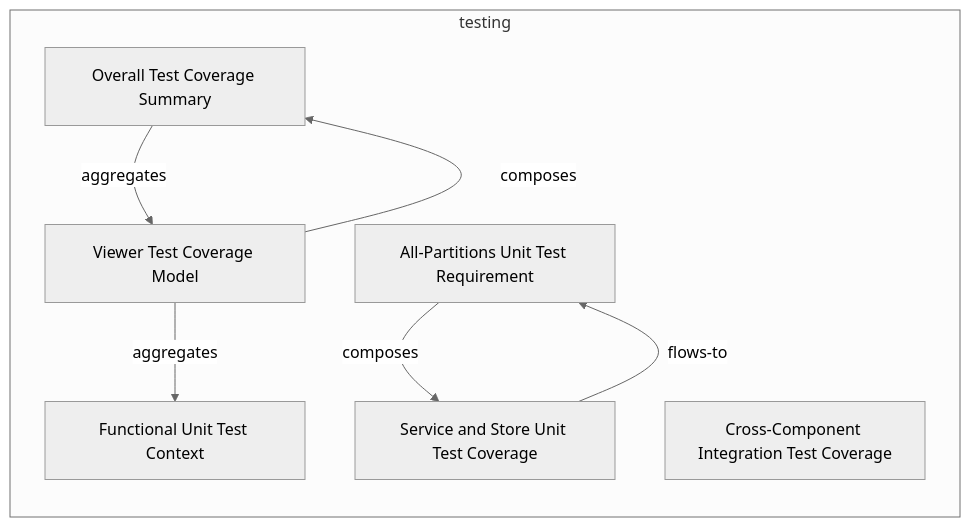
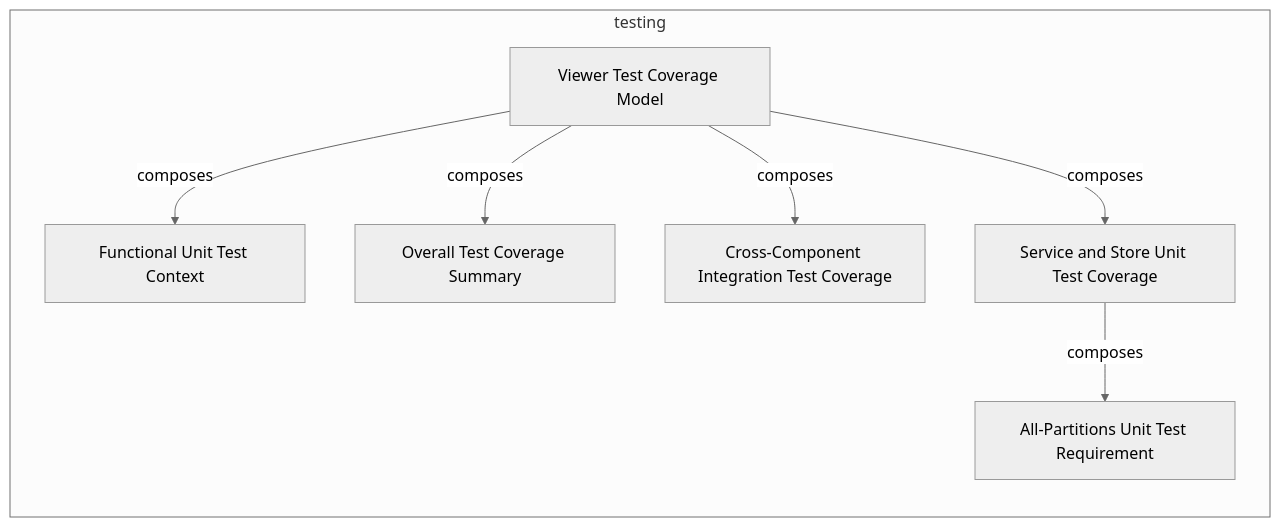
Before and after one commit to tinkermonkey/documentation_robotics_viewer: the first of 2 diagrams in documentation-robotics/reports/13-testing-layer-report.md, drawn with Mermaid (neutral theme). The commit also changed other lines of this file and 39 other files, not shown here.

````diff
--- a/documentation-robotics/reports/13-testing-layer-report.md
+++ b/documentation-robotics/reports/13-testing-layer-report.md
@@ -31,16 +31,16 @@
 ```mermaid
 flowchart LR
   subgraph testing
     testing_contextvariation_functional_unit_test_context["Functional Unit Test Context"]
     testing_coveragerequirement_all_partitions_unit_test_requirement["All-Partitions Unit Test Requirement"]
     testing_coveragesummary_overall_test_coverage_summary["Overall Test Coverage Summary"]
     testing_testcoveragemodel_viewer_test_coverage_model["Viewer Test Coverage Model"]
     testing_testcoveragetarget_cross_component_integration_test_coverage["Cross-Component Integration Test Coverage"]
     testing_testcoveragetarget_service_and_store_unit_test_coverage["Service and Store Unit Test Coverage"]
-    testing_coveragerequirement_all_partitions_unit_test_requirement -->|composes| testing_testcoveragetarget_service_and_store_unit_test_coverage
-    testing_coveragesummary_overall_test_coverage_summary -->|aggregates| testing_testcoveragemodel_viewer_test_coverage_model
-    testing_testcoveragemodel_viewer_test_coverage_model -->|aggregates| testing_contextvariation_functional_unit_test_context
+    testing_testcoveragemodel_viewer_test_coverage_model -->|composes| testing_contextvariation_functional_unit_test_context
     testing_testcoveragemodel_viewer_test_coverage_model -->|composes| testing_coveragesummary_overall_test_coverage_summary
-    testing_testcoveragetarget_service_and_store_unit_test_coverage -->|flows-to| testing_coveragerequirement_all_partitions_unit_test_requirement
+    testing_testcoveragemodel_viewer_test_coverage_model -->|composes| testing_testcoveragetarget_cross_component_integration_test_coverage
+    testing_testcoveragemodel_viewer_test_coverage_model -->|composes| testing_testcoveragetarget_service_and_store_unit_test_coverage
+    testing_testcoveragetarget_service_and_store_unit_test_coverage -->|composes| testing_coveragerequirement_all_partitions_unit_test_requirement
   end
 ```
````
